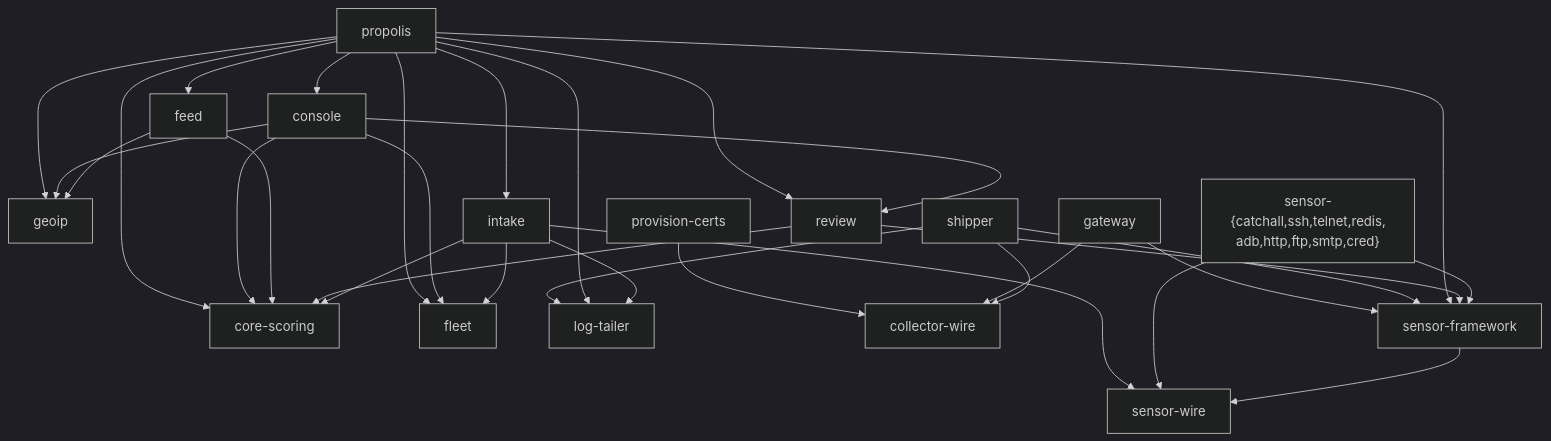
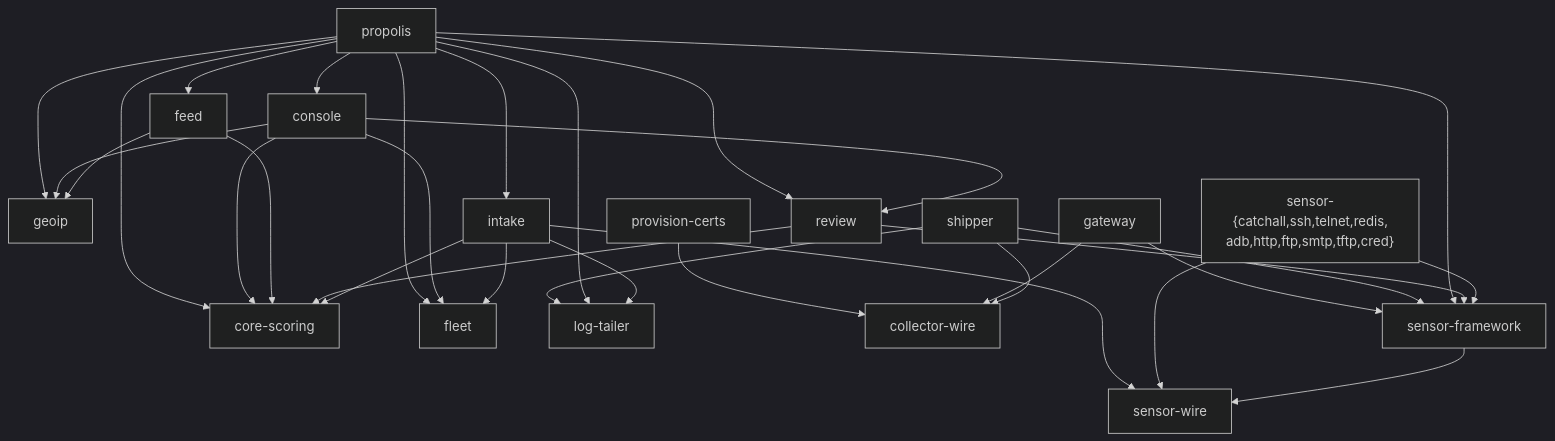
Before and after one commit to brandontroidl/Propolis: the diagram in docs/architecture/components.md, drawn with Mermaid (dark theme). The commit also changed other lines of this file and 64 other files, not shown here.

First line of the commit message:
feat(sensor-tftp): add a TFTP honeypot sensor (default-off, anti-amplifying)

````diff
--- a/docs/architecture/components.md
+++ b/docs/architecture/components.md
@@ -76,50 +77,50 @@
 ```mermaid
 graph TD
   wire[sensor-wire]
   core[core-scoring]
   geoip[geoip]
   fleet[fleet]
   tailer[log-tailer]
   cwire[collector-wire]
   fw[sensor-framework]
-  sensors["sensor-{catchall,ssh,telnet,redis,<br/>adb,http,ftp,smtp,cred}"]
+  sensors["sensor-{catchall,ssh,telnet,redis,<br/>adb,http,ftp,smtp,tftp,cred}"]
   intake[intake]
   review[review]
   feed[feed]
   console[console]
   propolis[propolis]
   shipper[shipper]
   gateway[gateway]
   certs[provision-certs]
 
   fw --> wire
   sensors --> wire
   sensors --> fw
   intake --> wire
   intake --> core
   intake --> fleet
   intake --> tailer
   review --> core
   review --> fw
   feed --> core
   feed --> geoip
   console --> core
   console --> fleet
   console --> geoip
   console --> review
   propolis --> console
   propolis --> core
   propolis --> feed
   propolis --> fleet
   propolis --> geoip
   propolis --> intake
   propolis --> tailer
   propolis --> review
   propolis --> fw
   shipper --> cwire
   shipper --> tailer
   shipper --> fw
   gateway --> cwire
   gateway --> fw
   certs --> cwire
 ```
````
